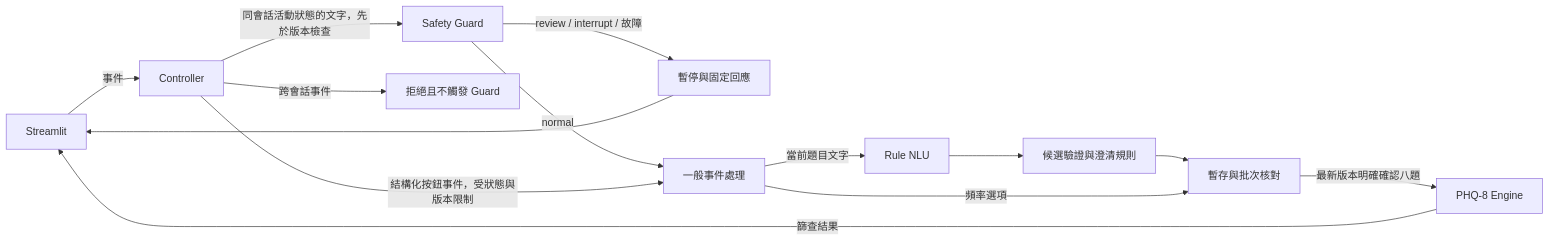
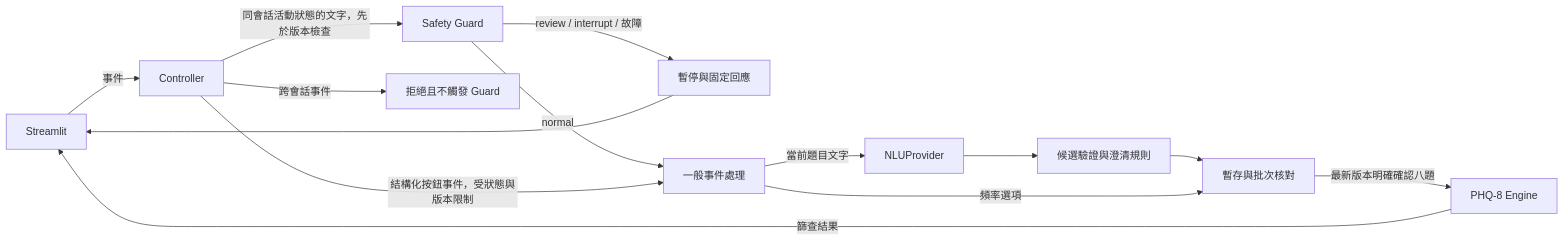
Before and after one commit to oscarchan658-ship-it/seem-fyp: the diagram in architecture.md, drawn with Mermaid. The commit also changed other lines of this file and 9 other files, not shown here.

````diff
--- a/architecture.md
+++ b/architecture.md
@@ -22,16 +22,16 @@
 ```mermaid
 flowchart LR
     UI[Streamlit] -->|事件| C[Controller]
     C -->|同會話活動狀態的文字，先於版本檢查| G[Safety Guard]
     C -->|跨會話事件| X[拒絕且不觸發 Guard]
     G -->|review / interrupt / 故障| S[暫停與固定回應]
     G -->|normal| N[一般事件處理]
     C -->|結構化按鈕事件，受狀態與版本限制| N
-    N -->|當前題目文字| U[Rule NLU]
+    N -->|當前題目文字| U[NLUProvider]
     U --> P[候選驗證與澄清規則]
     P --> R[暫存與批次核對]
     N -->|頻率選項| R
     R -->|最新版本明確確認八題| E[PHQ-8 Engine]
     E -->|篩查結果| UI
     S --> UI
 ```
````
